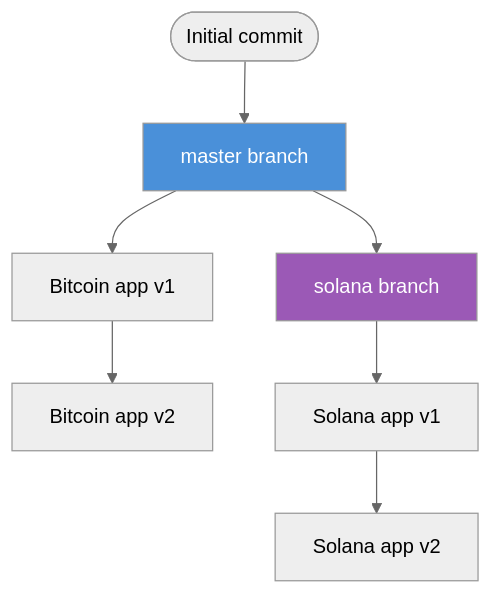
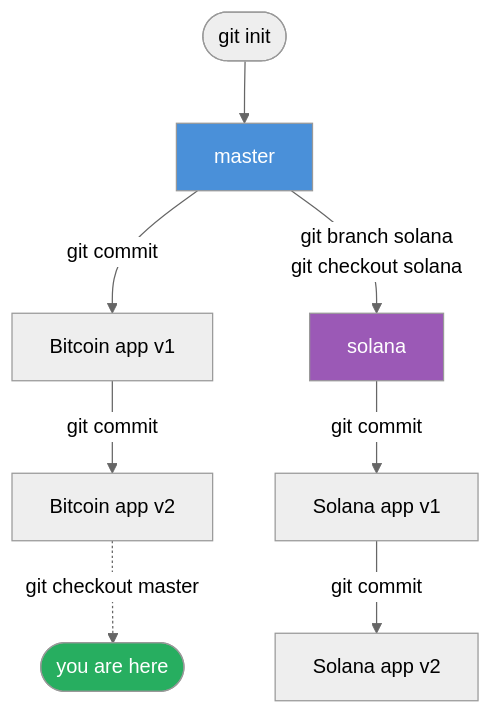
One commit to gerryatsxf/git-crash-course changed the second of 2 diagrams in README.md. Above: the diagram before and after it, drawn with Mermaid (neutral theme).

Commit message:
Updating chart for branches concept

````diff
--- a/README.md
+++ b/README.md
@@ -133,11 +133,13 @@
 ```mermaid
 flowchart TD
-    A([Initial commit]) --> B[master branch]
-    B --> B1[Bitcoin app v1]
-    B1 --> B2[Bitcoin app v2]
-    B --> C[solana branch]
-    C --> C1[Solana app v1]
-    C1 --> C2[Solana app v2]
+    A([git init]) --> B[master]
+    B -->|git commit| B1[Bitcoin app v1]
+    B1 -->|git commit| B2[Bitcoin app v2]
+    B -->|git branch solana\ngit checkout solana| C[solana]
+    C -->|git commit| C1[Solana app v1]
+    C1 -->|git commit| C2[Solana app v2]
+    B2 -.->|git checkout master| back([you are here])
     style B fill:#4a90d9,color:#fff
     style C fill:#9b59b6,color:#fff
+    style back fill:#27ae60,color:#fff
 ```
````
